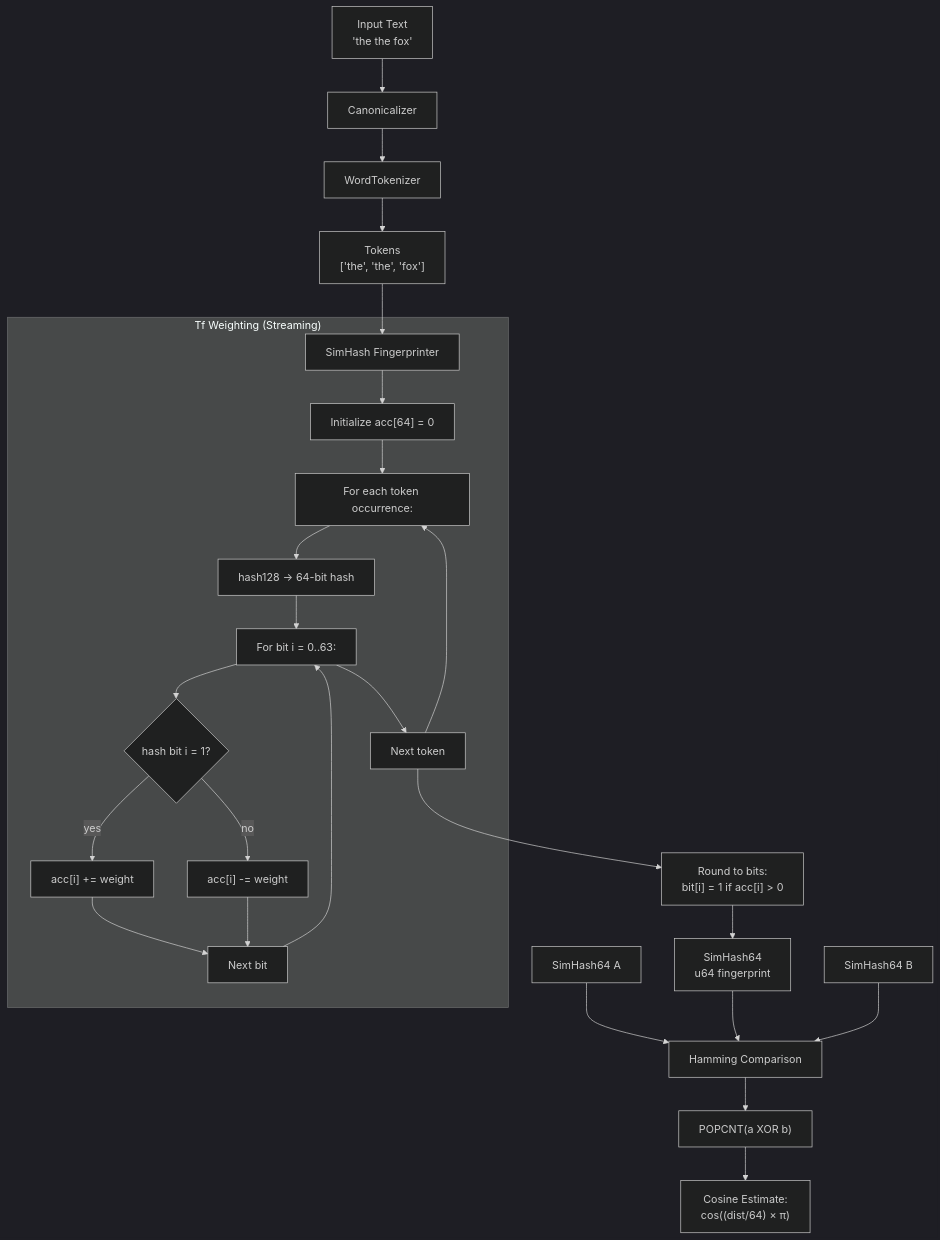
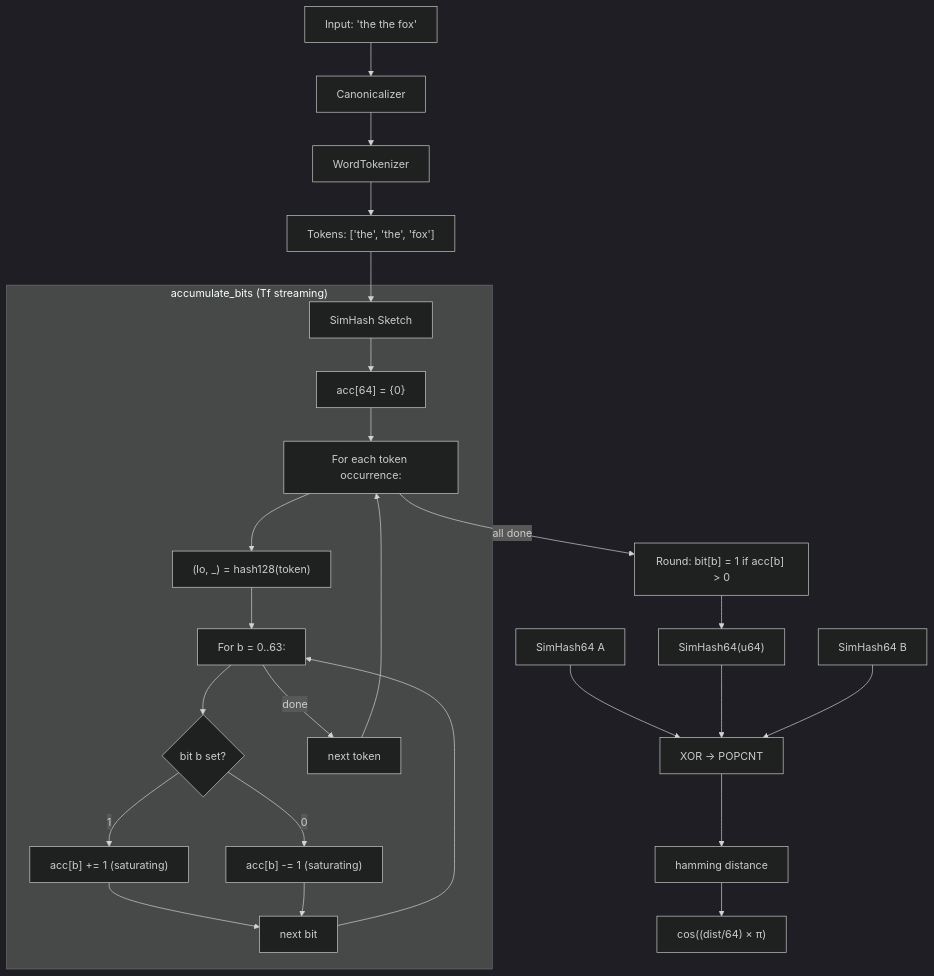
Before and after one commit to themankindproject/txtfp: the fifth of 9 diagrams in txt.md, drawn with Mermaid (dark theme). The commit also changed other lines of this file and 1 other file, not shown here.

````diff
--- a/txt.md
+++ b/txt.md
@@ -531,32 +466,32 @@
 ```mermaid
 flowchart TD
-    A["Input Text<br/>'the the fox'"] --> B["Canonicalizer"]
+    A["Input: 'the the fox'"] --> B["Canonicalizer"]
     B --> C["WordTokenizer"]
-    C --> D["Tokens<br/>['the', 'the', 'fox']"]
+    C --> D["Tokens: ['the', 'the', 'fox']"]
 
-    D --> E["SimHash Fingerprinter"]
+    D --> E["SimHash Sketch"]
 
-    subgraph "Tf Weighting (Streaming)"
-        E --> E1["Initialize acc[64] = 0"]
+    subgraph "accumulate_bits (Tf streaming)"
+        E --> E1["acc[64] = {0}"]
         E1 --> E2["For each token occurrence:"]
-        E2 --> E3["hash128 → 64-bit hash"]
-        E3 --> E4["For bit i = 0..63:"]
-        E4 --> E5{"hash bit i = 1?"}
-        E5 -->|yes| E6["acc[i] += weight"]
-        E5 -->|no| E7["acc[i] -= weight"]
-        E6 --> E8["Next bit"]
+        E2 --> E3["(lo, _) = hash128(token)"]
+        E3 --> E4["For b = 0..63:"]
+        E4 --> E5{"bit b set?"}
+        E5 -->|1| E6["acc[b] += 1 (saturating)"]
+        E5 -->|0| E7["acc[b] -= 1 (saturating)"]
+        E6 --> E8["next bit"]
         E7 --> E8
         E8 --> E4
-        E4 --> E9["Next token"]
+        E4 -->|done| E9["next token"]
         E9 --> E2
     end
 
-    E9 --> F["Round to bits:<br/>bit[i] = 1 if acc[i] > 0"]
-    F --> G["SimHash64<br/>u64 fingerprint"]
+    E2 -->|all done| F["Round: bit[b] = 1 if acc[b] > 0"]
+    F --> G["SimHash64(u64)"]
 
-    H["SimHash64 A"] --> I["Hamming Comparison"]
+    H["SimHash64 A"] --> I["XOR → POPCNT"]
     G --> I
     J["SimHash64 B"] --> I
-    I --> K["POPCNT(a XOR b)"]
-    K --> L["Cosine Estimate:<br/>cos((dist/64) × π)"]
+    I --> K["hamming distance"]
+    K --> L["cos((dist/64) × π)"]
 ```
````
